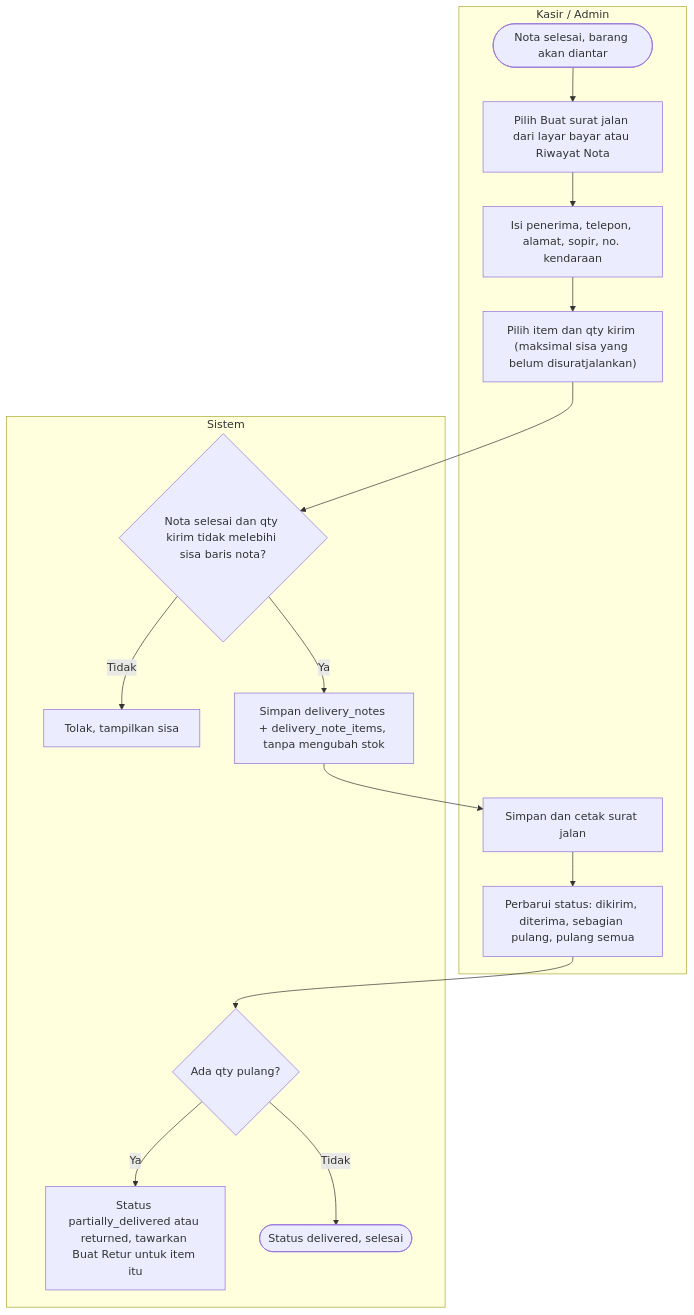
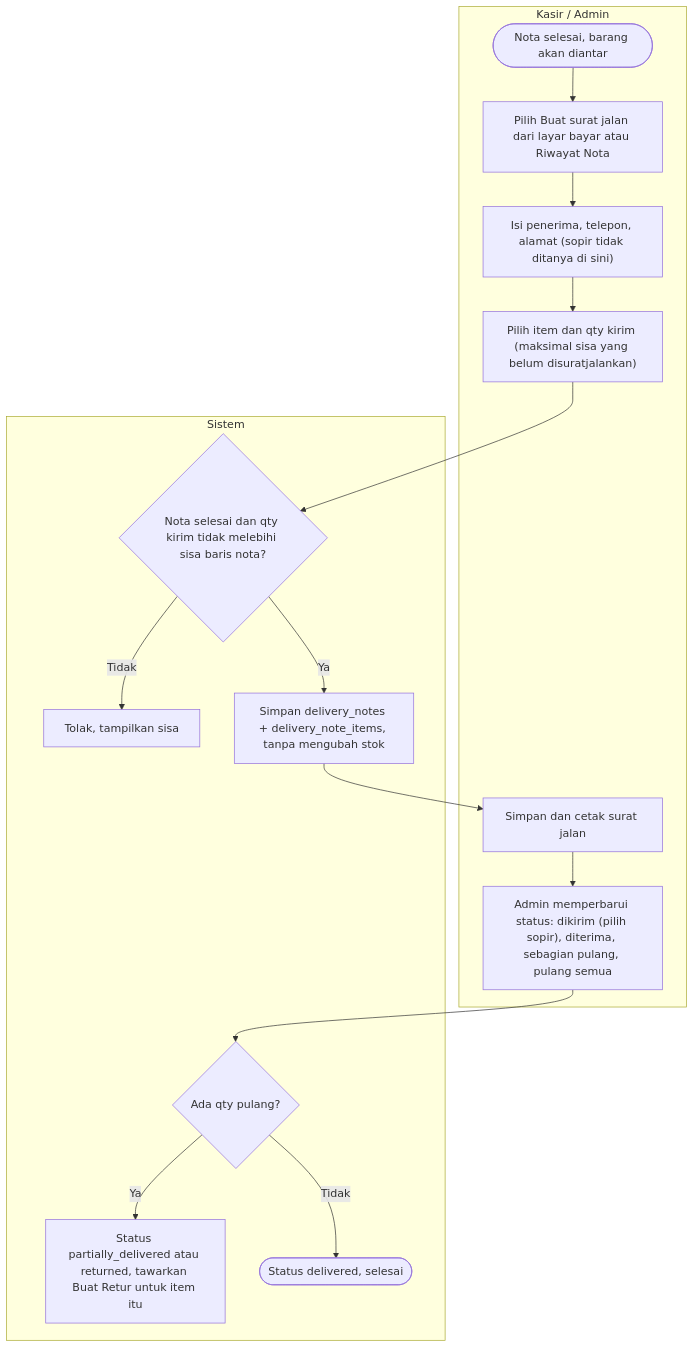
Diagram 16 of 30 in docs/analisis-sistem.md (aliefpraditya/store-management), drawn with Mermaid before and after one commit. The commit also changed other lines of this file and 21 other files, not shown here.

````diff
--- a/docs/analisis-sistem.md
+++ b/docs/analisis-sistem.md
@@ -840,23 +840,23 @@
 ```mermaid
 flowchart TD
     subgraph KS["Kasir / Admin"]
         K1(["Nota selesai, barang akan diantar"]) --> K2["Pilih Buat surat jalan dari layar bayar atau Riwayat Nota"]
-        K2 --> K3["Isi penerima, telepon, alamat, sopir, no. kendaraan"]
+        K2 --> K3["Isi penerima, telepon, alamat (sopir tidak ditanya di sini)"]
         K3 --> K4["Pilih item dan qty kirim (maksimal sisa yang belum disuratjalankan)"]
         K5["Simpan dan cetak surat jalan"]
-        K6["Perbarui status: dikirim, diterima, sebagian pulang, pulang semua"]
+        K6["Admin memperbarui status: dikirim (pilih sopir), diterima, sebagian pulang, pulang semua"]
     end
     subgraph SYS["Sistem"]
         S1{"Nota selesai dan qty kirim tidak melebihi sisa baris nota?"}
         S2["Tolak, tampilkan sisa"]
         S3["Simpan delivery_notes + delivery_note_items, tanpa mengubah stok"]
         S4{"Ada qty pulang?"}
         S5["Status partially_delivered atau returned, tawarkan Buat Retur untuk item itu"]
         S6(["Status delivered, selesai"])
     end
     K4 --> S1
     S1 -->|"Tidak"| S2
     S1 -->|"Ya"| S3 --> K5 --> K6 --> S4
     S4 -->|"Ya"| S5
     S4 -->|"Tidak"| S6
 ```
````
